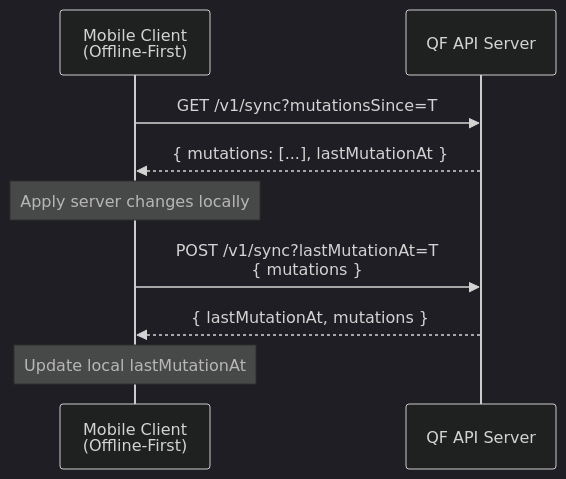
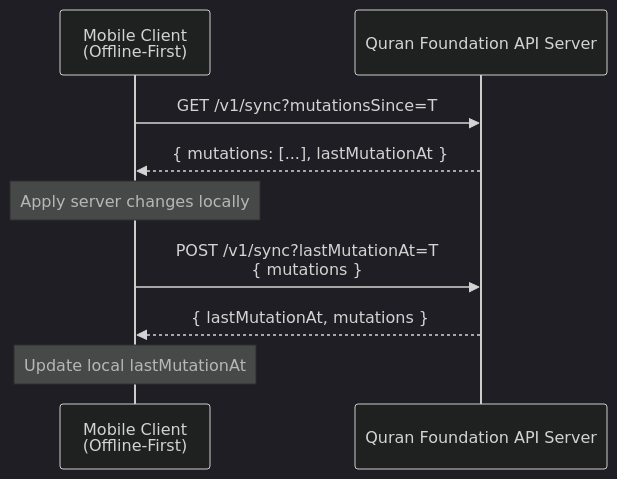
One commit to quran/qf-api-docs changed the first of 2 diagrams in docs/tutorials/sync/getting-started.mdx. Above: the diagram before and after it, drawn with Mermaid (dark theme). The commit also changed 519 other files, not shown here.

Commit message:
docs: allow offline recitation downloads and use the name Quran Foundation (#269)

````diff
--- a/docs/tutorials/sync/getting-started.mdx
+++ b/docs/tutorials/sync/getting-started.mdx
@@ -25,15 +25,15 @@
 ```mermaid
 sequenceDiagram
     participant Client as Mobile Client<br/>(Offline-First)
-    participant Server as QF API Server
+    participant Server as Quran Foundation API Server
 
     Client->>Server: GET /v1/sync?mutationsSince=T
     Server-->>Client: { mutations: [...], lastMutationAt }
 
     Note over Client: Apply server changes locally
 
     Client->>Server: POST /v1/sync?lastMutationAt=T<br/>{ mutations }
     Server-->>Client: { lastMutationAt, mutations }
 
     Note over Client: Update local lastMutationAt
 ```
````
